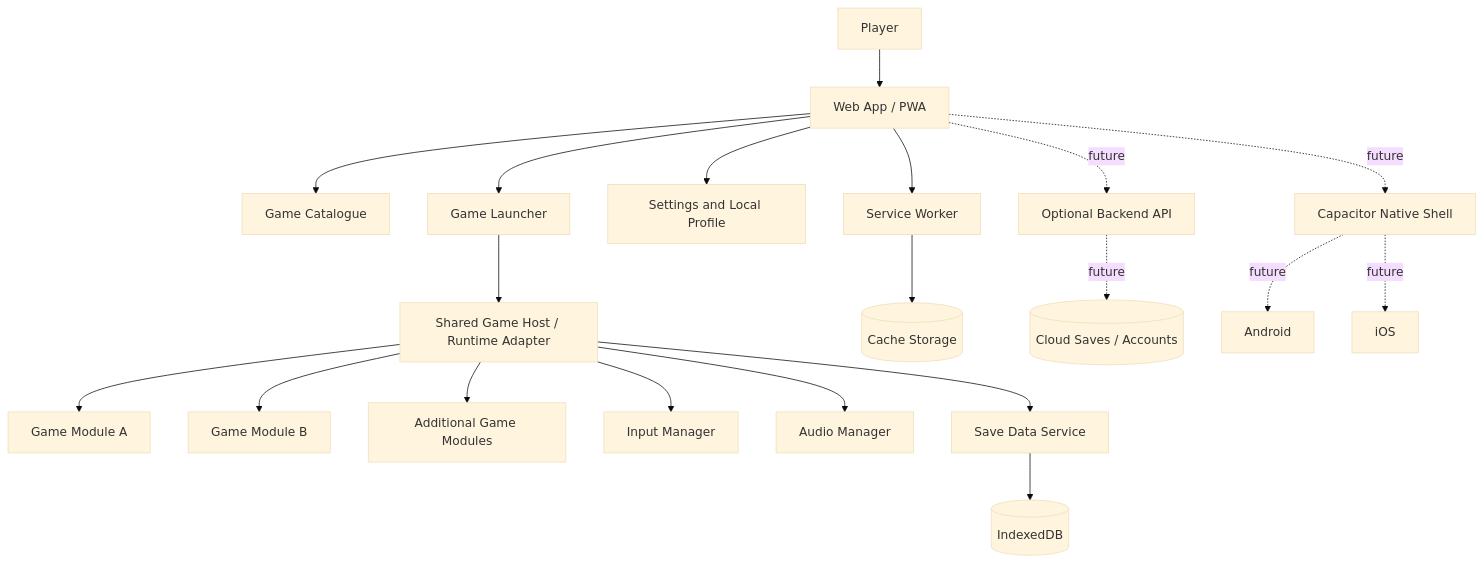
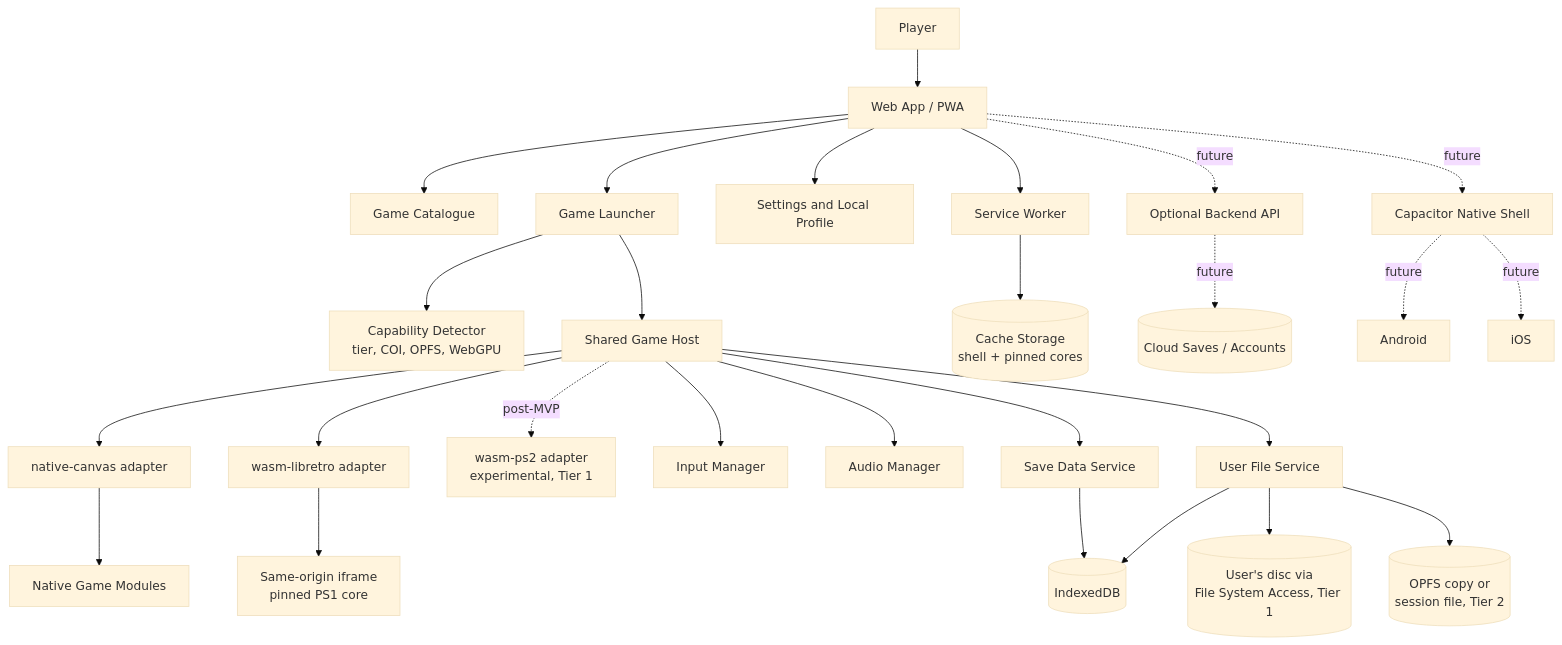
One commit to AungCN/retro-game-mm changed the diagram in docs/architecture/SYSTEM_OVERVIEW.md. Above: the diagram before and after it, drawn with Mermaid (base theme). The commit also changed other lines of this file and 2 other files, not shown here.

Commit message:
docs(architecture): align offline-first design, system overview, and application layout with BYOR tiers and adapters

````diff
--- a/docs/architecture/SYSTEM_OVERVIEW.md
+++ b/docs/architecture/SYSTEM_OVERVIEW.md
@@ -12,22 +12,29 @@
 ```mermaid
 flowchart TB
     USER[Player] --> WEB[Web App / PWA]
     WEB --> CATALOG[Game Catalogue]
     WEB --> LAUNCHER[Game Launcher]
     WEB --> SETTINGS[Settings and Local Profile]
-    LAUNCHER --> HOST[Shared Game Host / Runtime Adapter]
-    HOST --> G1[Game Module A]
-    HOST --> G2[Game Module B]
-    HOST --> GN[Additional Game Modules]
+    LAUNCHER --> CAPS[Capability Detector<br/>tier, COI, OPFS, WebGPU]
+    LAUNCHER --> HOST[Shared Game Host]
+    HOST --> NATIVE[native-canvas adapter]
+    NATIVE --> G1[Native Game Modules]
+    HOST --> LIBRETRO[wasm-libretro adapter]
+    LIBRETRO --> FRAME[Same-origin iframe<br/>pinned PS1 core]
+    HOST -. post-MVP .-> PS2[wasm-ps2 adapter<br/>experimental, Tier 1]
     HOST --> INPUT[Input Manager]
     HOST --> AUDIO[Audio Manager]
     HOST --> SAVE[Save Data Service]
+    HOST --> FILES[User File Service]
     SAVE --> IDB[(IndexedDB)]
+    FILES --> FSA[(User's disc via<br/>File System Access, Tier 1)]
+    FILES --> OPFS[(OPFS copy or<br/>session file, Tier 2)]
+    FILES --> IDB
     WEB --> SW[Service Worker]
-    SW --> CACHE[(Cache Storage)]
+    SW --> CACHE[(Cache Storage<br/>shell + pinned cores)]
     WEB -. future .-> API[Optional Backend API]
     API -. future .-> CLOUD[(Cloud Saves / Accounts)]
     WEB -. future .-> CAP[Capacitor Native Shell]
     CAP -. future .-> AND[Android]
     CAP -. future .-> IOS[iOS]
 ```
````
